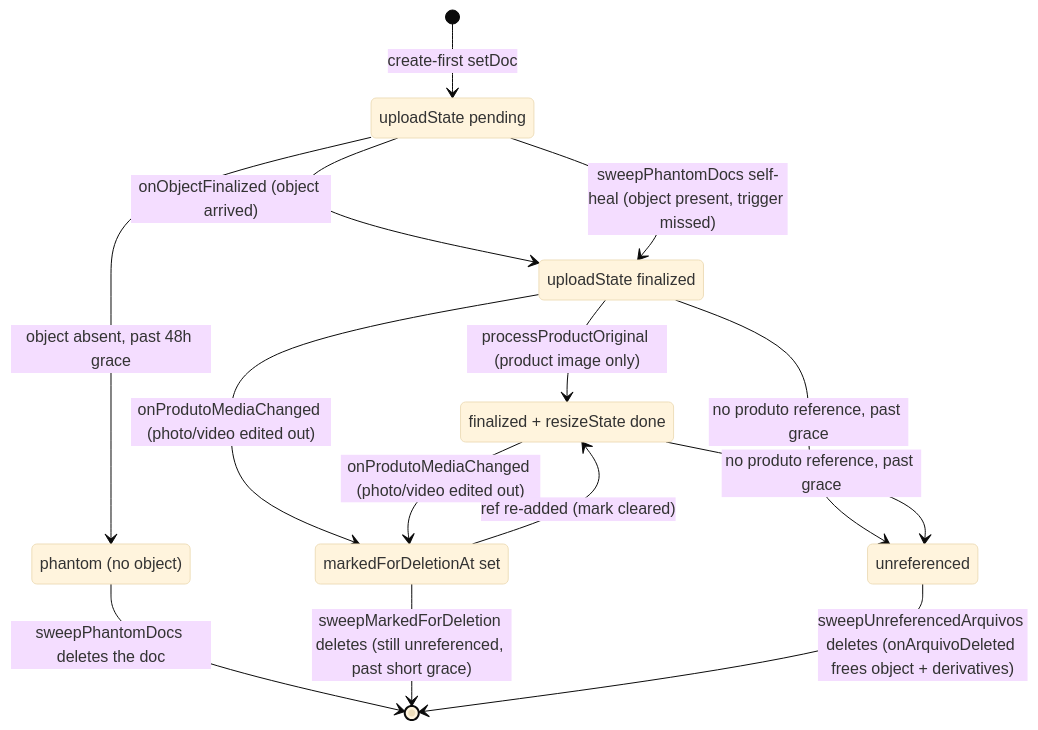
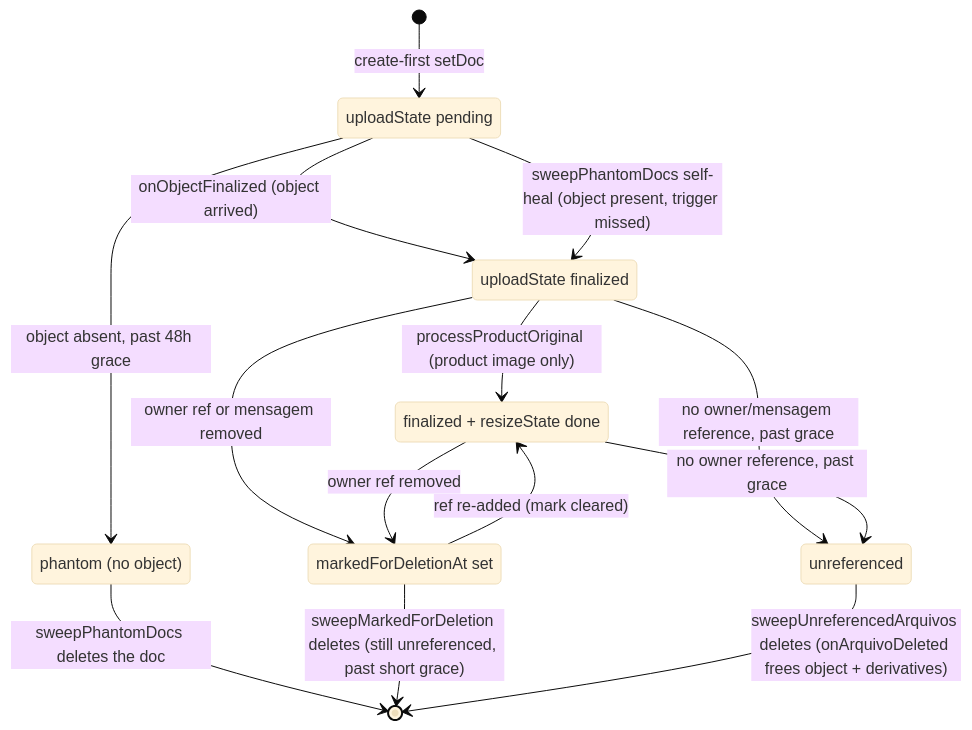
The second of 5 diagrams in apps/docs/src/content/docs/architecture/arquivo-lifecycle.md (Hinten/next_erp), drawn with Mermaid (base theme) before and after one commit. The commit also changed other lines of this file and 35 other files, not shown here.

````diff
--- a/apps/docs/src/content/docs/architecture/arquivo-lifecycle.md
+++ b/apps/docs/src/content/docs/architecture/arquivo-lifecycle.md
@@ -90,23 +97,23 @@
 ```mermaid
 stateDiagram-v2
     state "uploadState pending" as Pending
     state "uploadState finalized" as Finalized
     state "finalized + resizeState done" as Resized
     state "phantom (no object)" as Phantom
     state "markedForDeletionAt set" as Marked
     state "unreferenced" as Unreferenced
 
     [*] --> Pending: create-first setDoc
     Pending --> Finalized: onObjectFinalized (object arrived)
     Pending --> Finalized: sweepPhantomDocs self-heal (object present, trigger missed)
     Finalized --> Resized: processProductOriginal (product image only)
     Pending --> Phantom: object absent, past 48h grace
     Phantom --> [*]: sweepPhantomDocs deletes the doc
-    Finalized --> Marked: onProdutoMediaChanged (photo/video edited out)
-    Resized --> Marked: onProdutoMediaChanged (photo/video edited out)
+    Finalized --> Marked: owner ref or mensagem removed
+    Resized --> Marked: owner ref removed
     Marked --> Resized: ref re-added (mark cleared)
     Marked --> [*]: sweepMarkedForDeletion deletes (still unreferenced, past short grace)
-    Finalized --> Unreferenced: no produto reference, past grace
-    Resized --> Unreferenced: no produto reference, past grace
+    Finalized --> Unreferenced: no owner/mensagem reference, past grace
+    Resized --> Unreferenced: no owner reference, past grace
     Unreferenced --> [*]: sweepUnreferencedArquivos deletes (onArquivoDeleted frees object + derivatives)
 ```
````
